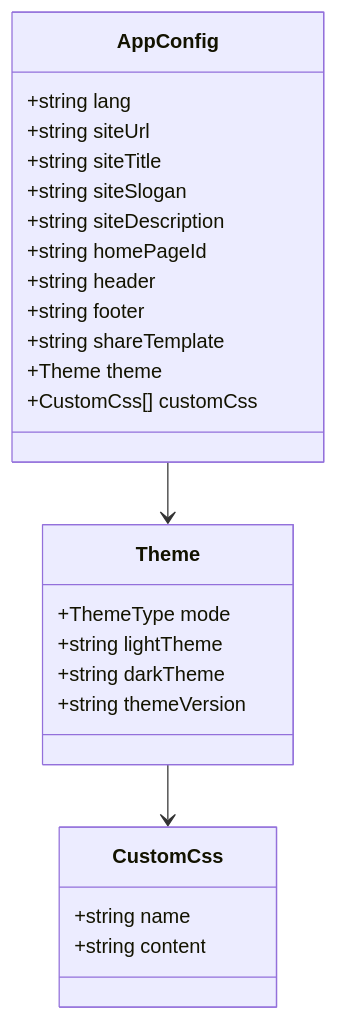
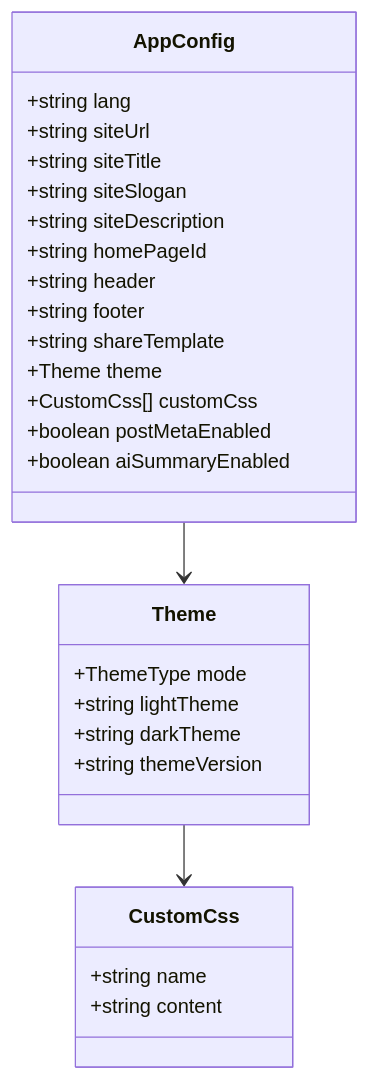
One commit to terwer/siyuan-plugin-blog changed the third of 9 diagrams in .qoder/repowiki/zh/content/核心功能/设置管理系统/设置管理系统.md. Above: the diagram before and after it, drawn with Mermaid. The commit also changed other lines of this file and 31 other files, not shown here.

````diff
--- a/.qoder/repowiki/zh/content/核心功能/设置管理系统/设置管理系统.md
+++ b/.qoder/repowiki/zh/content/核心功能/设置管理系统/设置管理系统.md
@@ -154,28 +184,30 @@
 ```mermaid
 classDiagram
 class AppConfig {
 +string lang
 +string siteUrl
 +string siteTitle
 +string siteSlogan
 +string siteDescription
 +string homePageId
 +string header
 +string footer
 +string shareTemplate
 +Theme theme
 +CustomCss[] customCss
++boolean postMetaEnabled
++boolean aiSummaryEnabled
 }
 class Theme {
 +ThemeType mode
 +string lightTheme
 +string darkTheme
 +string themeVersion
 }
 class CustomCss {
 +string name
 +string content
 }
 AppConfig --> Theme
 Theme --> CustomCss
 ```
````
